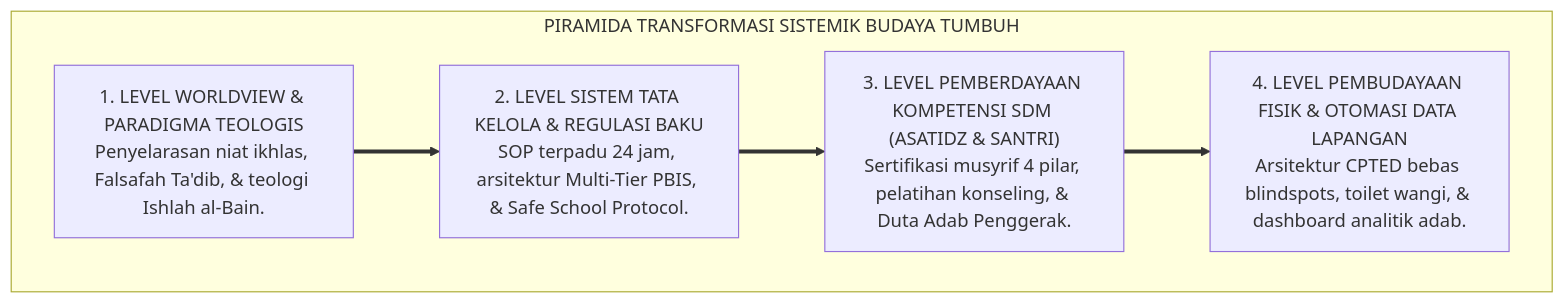
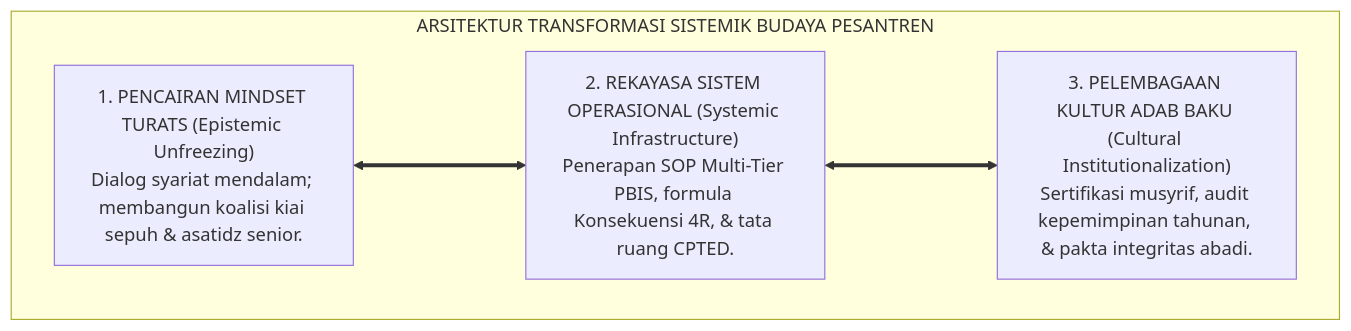
One commit to wandiapriliyandi/tumbuh changed the second of 4 diagrams in 01 Philosophy/06 Change/P1-06-04-Transformasi-Sistemik-Budaya-Pesantren.md. Above: the diagram before and after it, drawn with Mermaid. The commit also changed other lines of this file and 7 other files, not shown here.

````diff
--- a/01 Philosophy/06 Change/P1-06-04-Transformasi-Sistemik-Budaya-Pesantren.md
+++ b/01 Philosophy/06 Change/P1-06-04-Transformasi-Sistemik-Budaya-Pesantren.md
@@ -60,14 +112,13 @@
 ```mermaid
 flowchart TD
-    subgraph TransformasiSistemikPesantren["PIRAMIDA TRANSFORMASI SISTEMIK BUDAYA TUMBUH"]
-        Level1["1. LEVEL WORLDVIEW & PARADIGMA TEOLOGIS<br/>Penyelarasan niat ikhlas, Falsafah Ta'dib, & teologi Ishlah al-Bain."]
+    subgraph ArsitekturTransformasiSistemikTUMBUH["ARSITEKTUR TRANSFORMASI SISTEMIK BUDAYA PESANTREN"]
         
-        Level2["2. LEVEL SISTEM TATA KELOLA & REGULASI BAKU<br/>SOP terpadu 24 jam, arsitektur Multi-Tier PBIS, & Safe School Protocol."]
+        S1_Trans["1. PENCAIRAN MINDSET TURATS (Epistemic Unfreezing)<br/>Dialog syariat mendalam; membangun koalisi kiai sepuh & asatidz senior."]
         
-        Level3["3. LEVEL PEMBERDAYAAN KOMPETENSI SDM (ASATIDZ & SANTRI)<br/>Sertifikasi musyrif 4 pilar, pelatihan konseling, & Duta Adab Penggerak."]
+        S2_Trans["2. REKAYASA SISTEM OPERASIONAL (Systemic Infrastructure)<br/>Penerapan SOP Multi-Tier PBIS, formula Konsekuensi 4R, & tata ruang CPTED."]
         
-        Level4["4. LEVEL PEMBUDAYAAN FISIK & OTOMASI DATA LAPANGAN<br/>Arsitektur CPTED bebas blindspots, toilet wangi, & dashboard analitik adab."]
+        S3_Trans["3. PELEMBAGAAN KULTUR ADAB BAKU (Cultural Institutionalization)<br/>Sertifikasi musyrif, audit kepemimpinan tahunan, & pakta integritas abadi."]
         
-        Level1 ==> Level2 ==> Level3 ==> Level4
+        S1_Trans <===> S2_Trans <===> S3_Trans
     end
 ```
````
